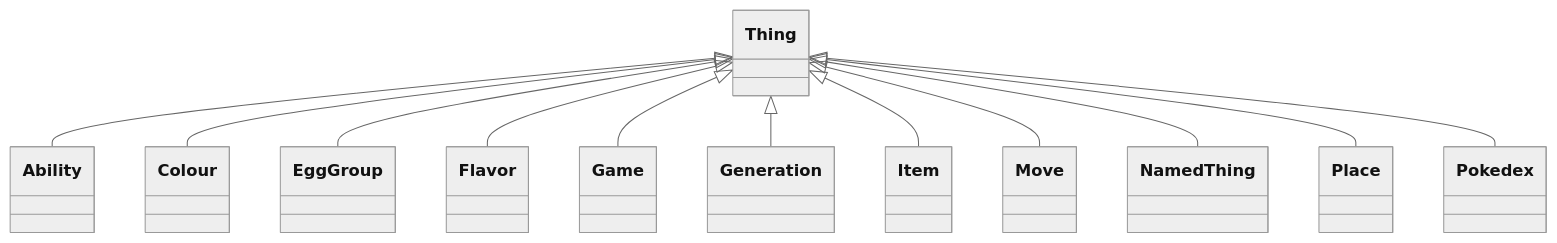
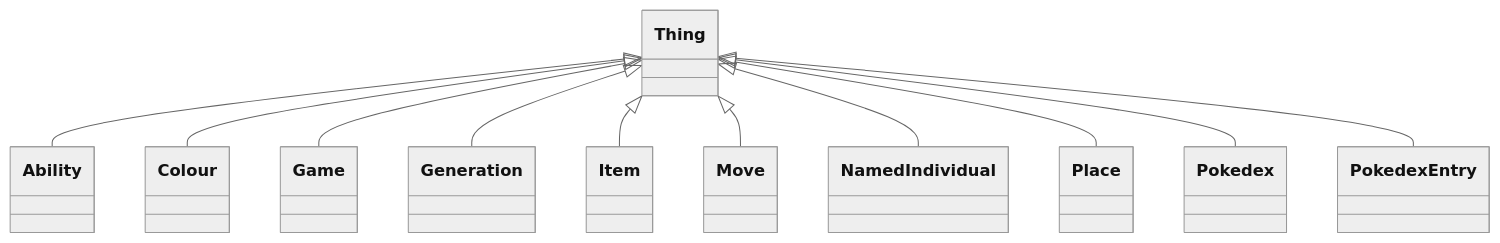
One commit to vladistan/linkml-pokemon changed the eighth of 42 diagrams in project/datadict.md. Above: the diagram before and after it, drawn with Mermaid (neutral theme). The commit also changed other lines of this file and 18 other files, not shown here.

Commit message:
Final tweaks to the schema

````diff
--- a/project/datadict.md
+++ b/project/datadict.md
@@ -372,15 +411,14 @@
 ```mermaid
 classDiagram
 Thing <|-- Ability
 Thing <|-- Colour
-Thing <|-- EggGroup
-Thing <|-- Flavor
 Thing <|-- Game
 Thing <|-- Generation
 Thing <|-- Item
 Thing <|-- Move
-Thing <|-- NamedThing
+Thing <|-- NamedIndividual
 Thing <|-- Place
 Thing <|-- Pokedex
+Thing <|-- PokedexEntry
 
 ```
````
